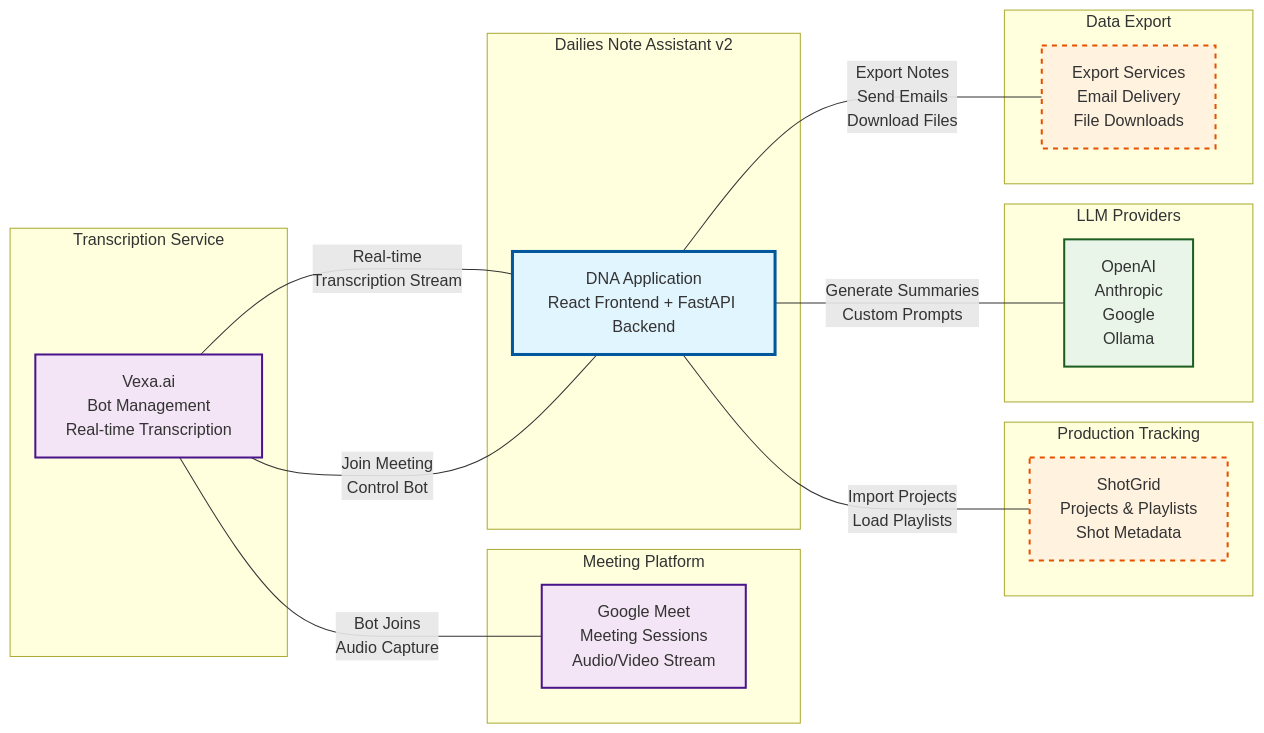
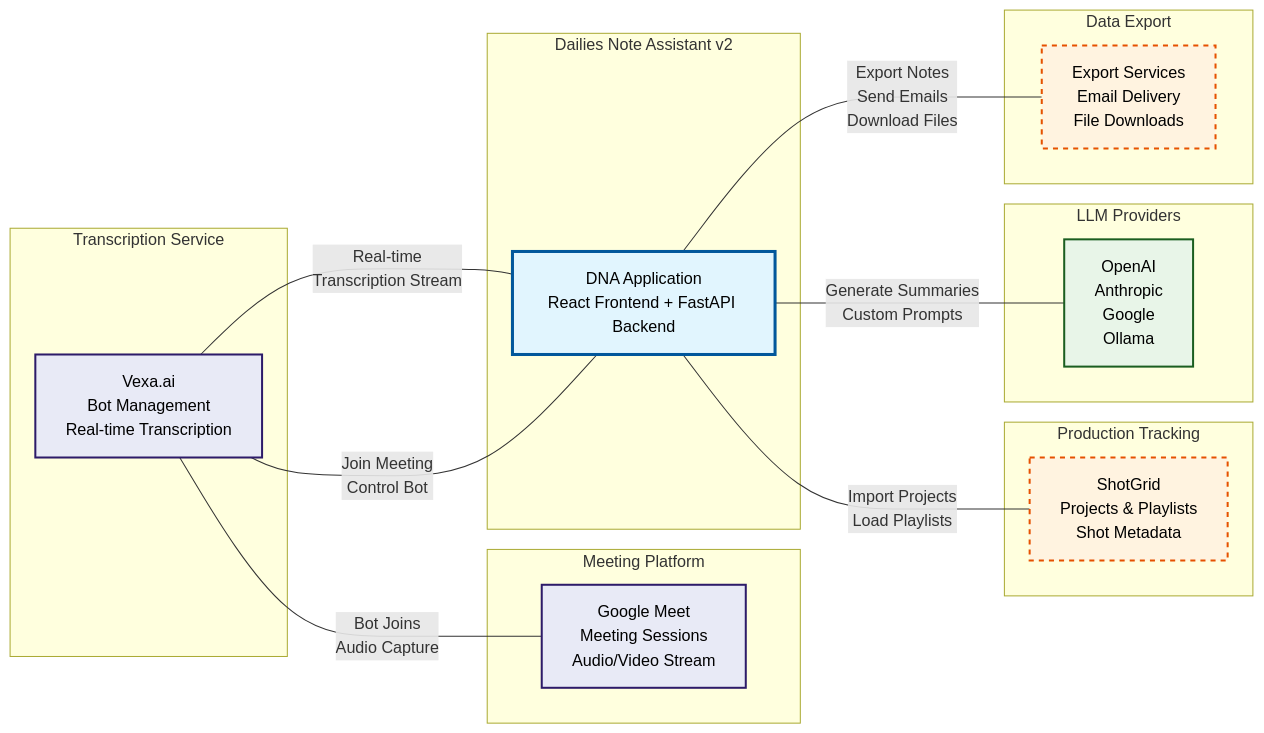
Before and after one commit to AcademySoftwareFoundation/dna: the first of 3 diagrams in experimental/spi/note_assistant_v2/docs/ARCHITECTURE.md, drawn with Mermaid.

Commit message:
Update architecture diagram styling in docs
Adjusted Mermaid diagram class definitions to improve color contrast and consistency. Added explicit text color and updated background and stroke colors for better readability.

````diff
--- a/experimental/spi/note_assistant_v2/docs/ARCHITECTURE.md
+++ b/experimental/spi/note_assistant_v2/docs/ARCHITECTURE.md
@@ -5,47 +5,47 @@
 ```mermaid
 graph LR
     subgraph "Transcription Service"
         VEXA[Vexa.ai<br/>Bot Management<br/>Real-time Transcription]
     end
 
     subgraph "Meeting Platform"
         GM[Google Meet<br/>Meeting Sessions<br/>Audio/Video Stream]
     end
 
     subgraph "Dailies Note Assistant v2"
         DNA[DNA Application<br/>React Frontend + FastAPI Backend]
     end
 
     subgraph "Production Tracking"
         SG[ShotGrid<br/>Projects & Playlists<br/>Shot Metadata]
     end
 
     subgraph "LLM Providers"
         LLM[OpenAI<br/>Anthropic<br/>Google<br/>Ollama]
     end
 
     subgraph "Data Export"
         EXPORT[Export Services<br/>Email Delivery<br/>File Downloads]
     end
 
     %% Main application connections
     DNA ---|Join Meeting<br/>Control Bot| VEXA
     DNA ---|Generate Summaries<br/>Custom Prompts| LLM
     DNA ---|Import Projects<br/>Load Playlists| SG
     DNA ---|Export Notes<br/>Send Emails<br/>Download Files| EXPORT
 
     %% External service connections
     VEXA ---|Bot Joins<br/>Audio Capture| GM
     VEXA ---|Real-time<br/>Transcription Stream| DNA
 
     %% Styling
-    classDef mainApp fill:#e1f5fe,stroke:#01579b,stroke-width:3px
-    classDef external fill:#f3e5f5,stroke:#4a148c,stroke-width:2px
-    classDef llm fill:#e8f5e8,stroke:#1b5e20,stroke-width:2px
-    classDef optional fill:#fff3e0,stroke:#e65100,stroke-width:2px,stroke-dasharray: 5 5
+    classDef mainApp fill:#e1f5fe,stroke:#01579b,stroke-width:3px,color:#000000
+    classDef external fill:#e8eaf6,stroke:#2d1b69,stroke-width:2px,color:#000000
+    classDef llm fill:#e8f5e8,stroke:#1b5e20,stroke-width:2px,color:#000000
+    classDef optional fill:#fff3e0,stroke:#e65100,stroke-width:2px,stroke-dasharray: 5 5,color:#000000
 
     class DNA mainApp
     class GM,VEXA external
     class LLM llm
     class SG,EXPORT optional
 ```
````
